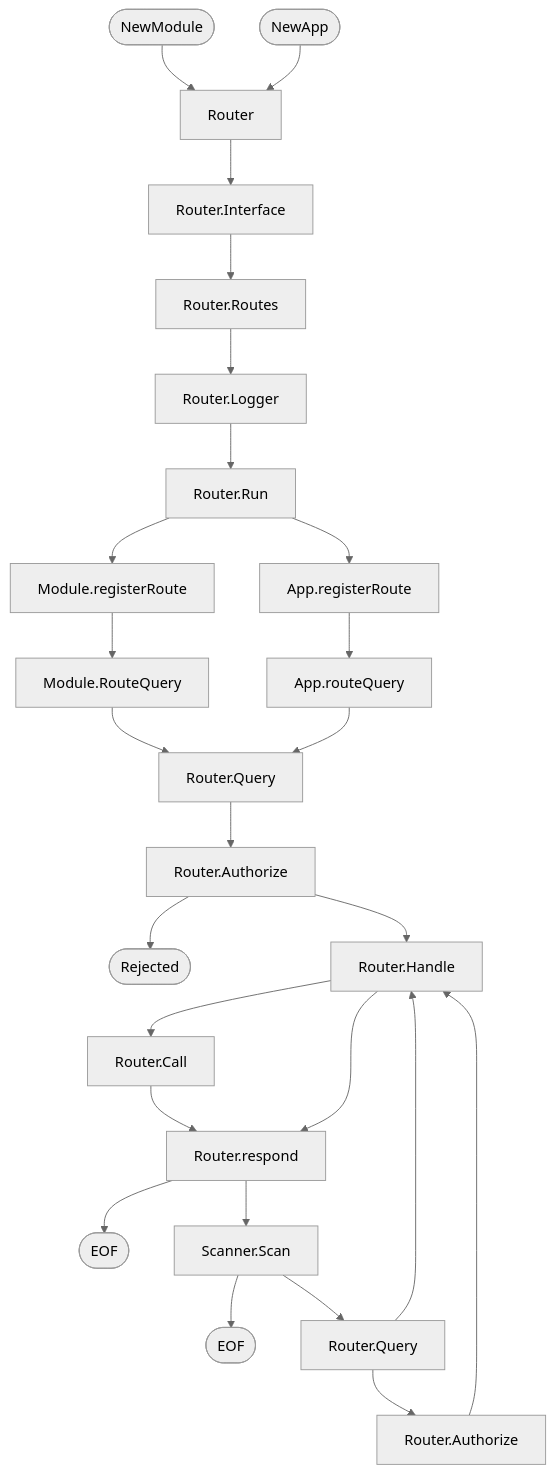
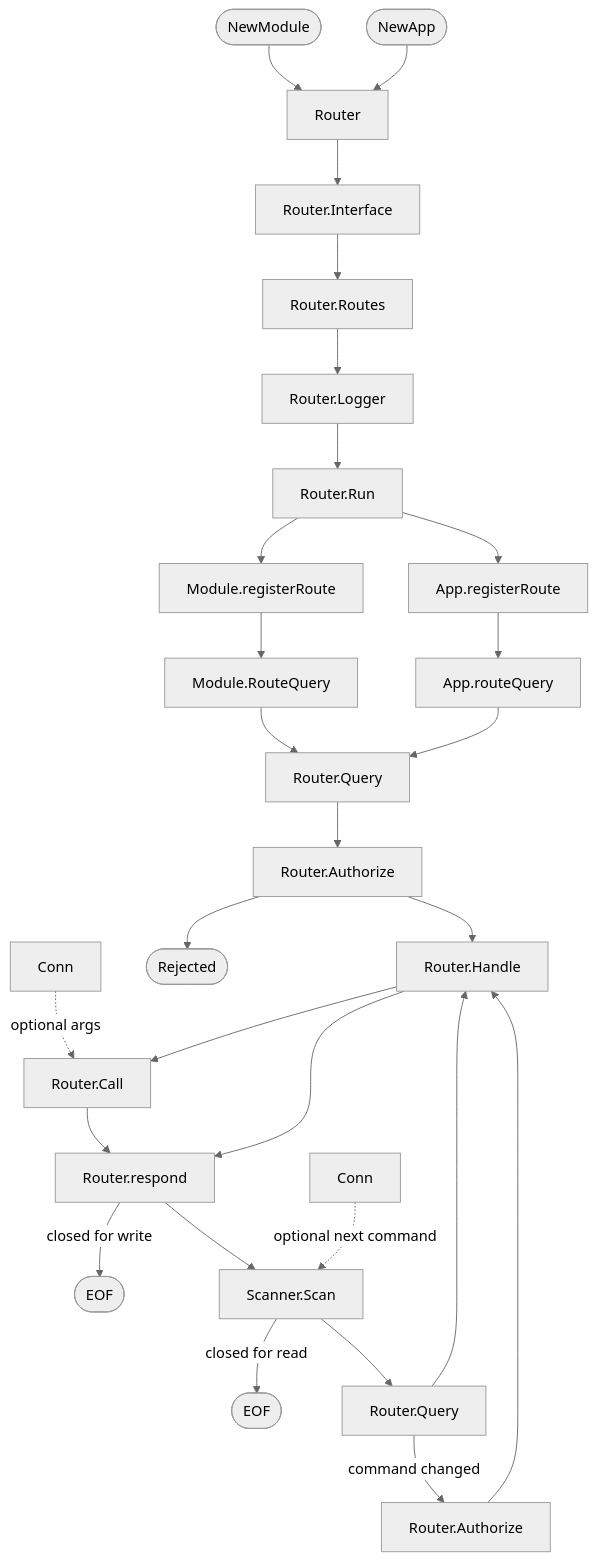
The second of 2 diagrams in flow.md (cryptopunkscc/go-apphost-jrpc), drawn with Mermaid (neutral theme) before and after one commit. The commit also changed other lines of this file and 2 other files, not shown here.

````diff
--- a/flow.md
+++ b/flow.md
@@ -15,20 +16,22 @@
 ```mermaid
 flowchart
     NewModule([NewModule]) --> Router
     NewApp([NewApp]) --> Router -->
     Router.Interface --> Router.Routes --> Router.Logger --> 
     Router.Run --> 
     Module.registerRoute --> Module.RouteQuery
     Router.Run -->
     App.registerRoute --> App.routeQuery
     Module.RouteQuery --> Router.Query
     App.routeQuery --> Router.Query
     Router.Query --> Router.Authorize
+    Conn -. optional args.-> Router.Call
     Router.Authorize --> Rejected(["Rejected"])
     Router.Authorize --> Router.Handle -->
     Router.Call[Router.Call] --> Router.respond
-    Router.Handle --> Router.respond --> Return(["EOF"])
-    Router.respond --> Scanner.Scan --> Return2(["EOF"])
+    Router.Handle --> Router.respond -- closed for write --> Return(["EOF"])
+    Router.respond --> Scanner.Scan -- closed for read --> Return2(["EOF"])
+    Conn2[Conn] -. optional next command .-> Scanner.Scan
     Scanner.Scan --> Router.Query2[Router.Query] --> Router.Handle
-    Router.Query2 --> Router.Authorize2[Router.Authorize] --> Router.Handle
+    Router.Query2 -- command changed --> Router.Authorize2[Router.Authorize] --> Router.Handle
 ```
````
